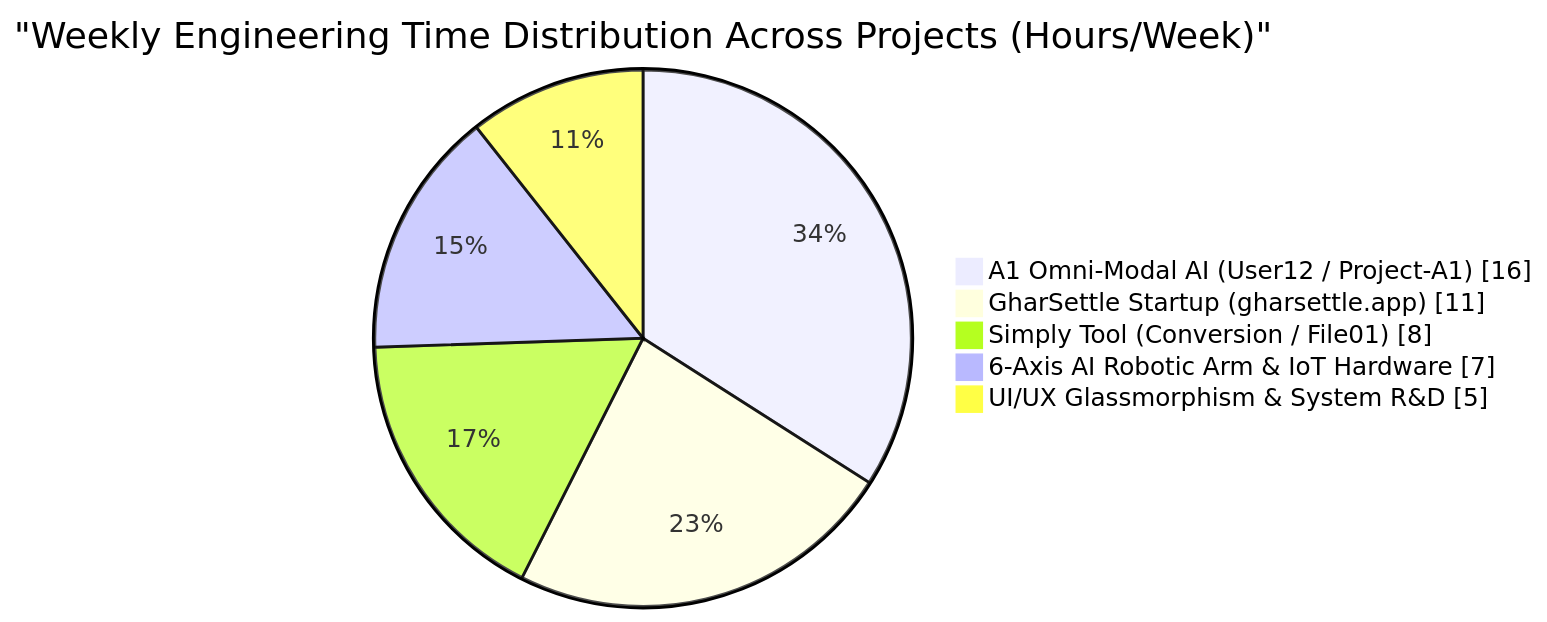
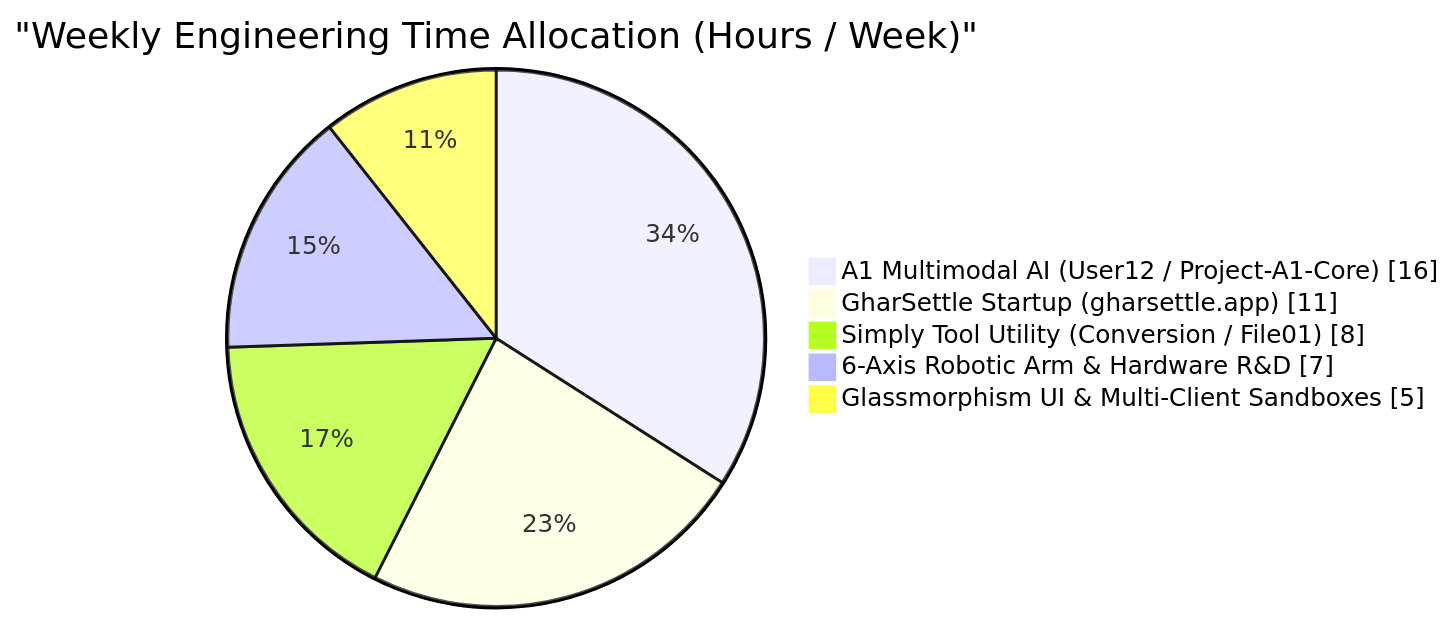
The fourth of 7 diagrams in README.md (Pawan7489/Pawan7489), drawn with Mermaid before and after one commit. The commit also changed other lines of this file, not shown here.

````diff
--- a/README.md
+++ b/README.md
@@ -132,9 +79,9 @@
 ```mermaid
 pie showData
-    title "Weekly Engineering Time Distribution Across Projects (Hours/Week)"
-    "A1 Omni-Modal AI (User12 / Project-A1)" : 16
+    title "Weekly Engineering Time Allocation (Hours / Week)"
+    "A1 Multimodal AI (User12 / Project-A1-Core)" : 16
     "GharSettle Startup (gharsettle.app)" : 11
-    "Simply Tool (Conversion / File01)" : 8
-    "6-Axis AI Robotic Arm & IoT Hardware" : 7
-    "UI/UX Glassmorphism & System R&D" : 5
+    "Simply Tool Utility (Conversion / File01)" : 8
+    "6-Axis Robotic Arm & Hardware R&D" : 7
+    "Glassmorphism UI & Multi-Client Sandboxes" : 5
 ```
````
